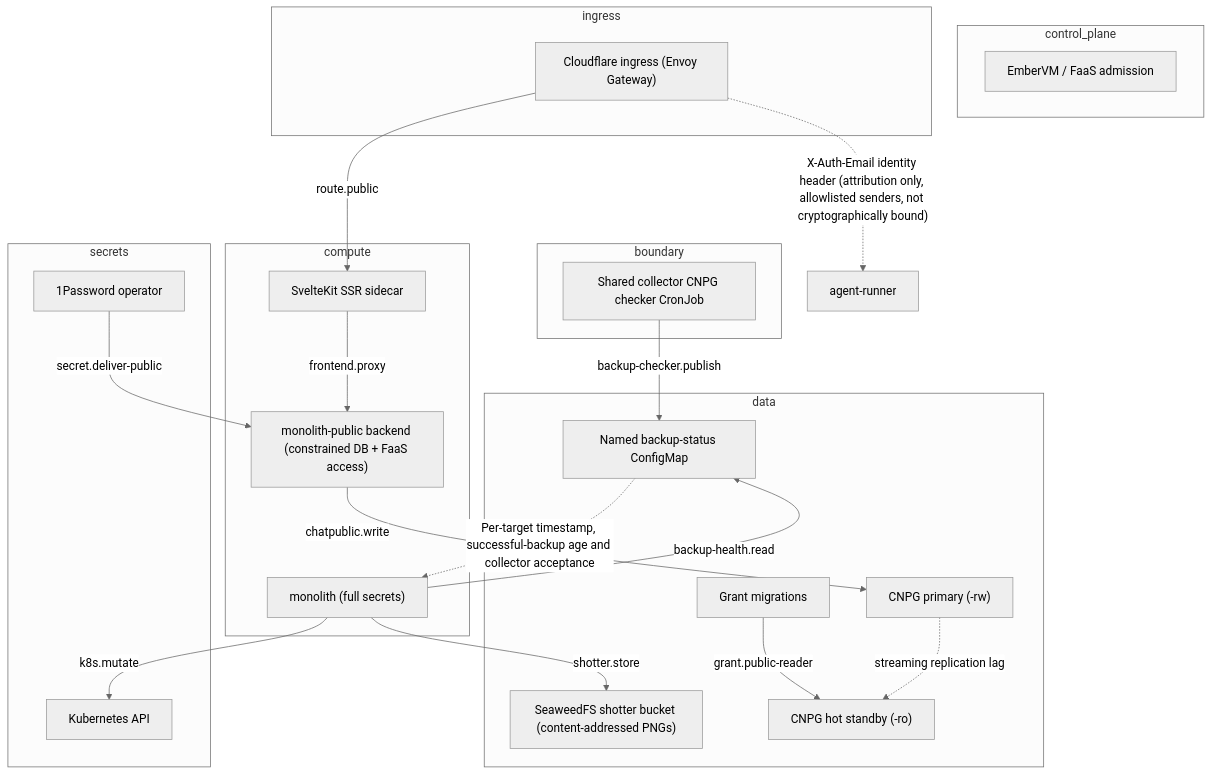
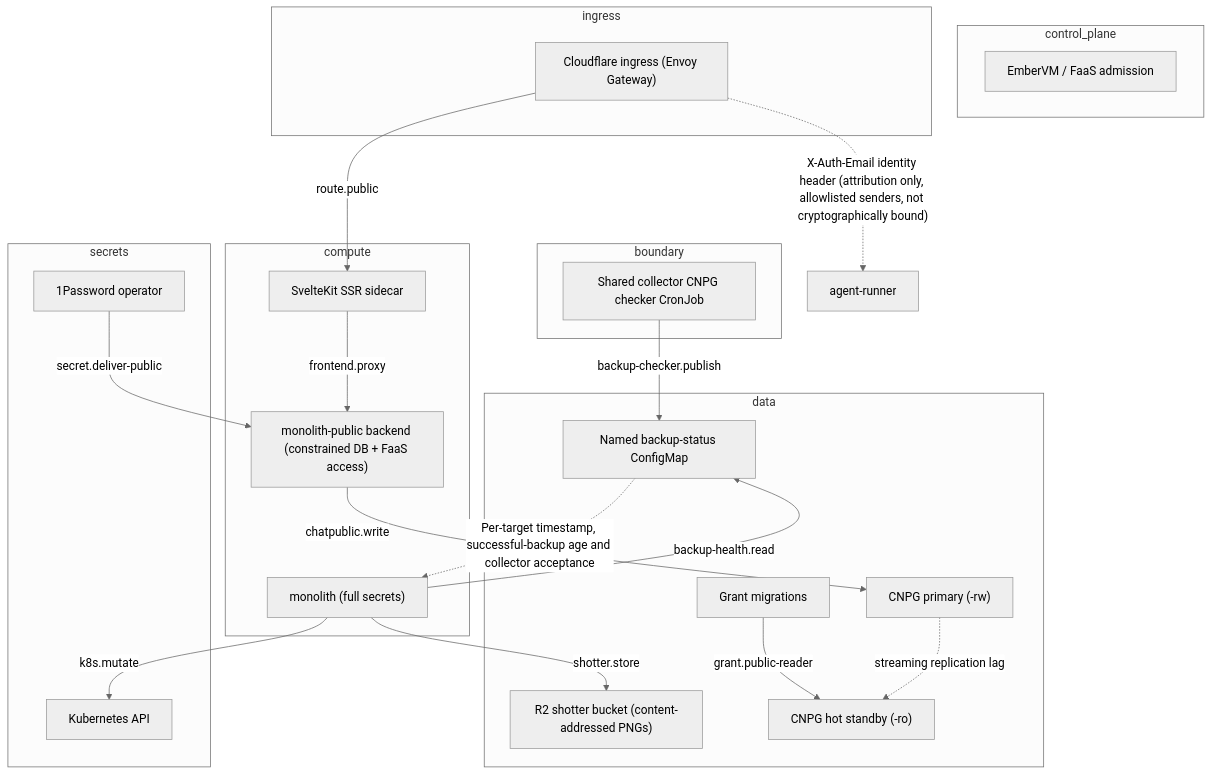
One commit to jomcgi-org/homelab changed the second of 2 diagrams in projects/monolith/STPA.md. Above: the diagram before and after it, drawn with Mermaid (neutral theme). The commit also changed other lines of this file and 13 other files, not shown here.

````diff
--- a/projects/monolith/STPA.md
+++ b/projects/monolith/STPA.md
@@ -162,40 +162,40 @@
 ```mermaid
 flowchart TD
   subgraph boundary["boundary"]
     backup-checker["Shared collector CNPG checker CronJob"]
   end
   subgraph compute["compute"]
     frontend-ssr["SvelteKit SSR sidecar"]
     private-binary["monolith (full secrets)"]
     public-binary["monolith-public backend (constrained DB + FaaS access)"]
   end
   subgraph control_plane["control_plane"]
     embervm["EmberVM / FaaS admission"]
   end
   subgraph data["data"]
     backup-status["Named backup-status ConfigMap"]
     migrations["Grant migrations"]
     pg-primary["CNPG primary (-rw)"]
     pg-replica["CNPG hot standby (-ro)"]
-    shotter-store["SeaweedFS shotter bucket (content-addressed PNGs)"]
+    shotter-store["R2 shotter bucket (content-addressed PNGs)"]
   end
   subgraph ingress["ingress"]
     cf-ingress["Cloudflare ingress (Envoy Gateway)"]
   end
   subgraph secrets["secrets"]
     k8s-api["Kubernetes API"]
     onepassword["1Password operator"]
   end
   backup-checker -- "backup-checker.publish" --> backup-status
   private-binary -- "backup-health.read" --> backup-status
   public-binary -- "chatpublic.write" --> pg-primary
   frontend-ssr -- "frontend.proxy" --> public-binary
   migrations -- "grant.public-reader" --> pg-replica
   private-binary -- "k8s.mutate" --> k8s-api
   cf-ingress -- "route.public" --> frontend-ssr
   onepassword -- "secret.deliver-public" --> public-binary
   private-binary -- "shotter.store" --> shotter-store
   backup-status -. "Per-target timestamp, successful-backup age and collector acceptance" .-> private-binary
   cf-ingress -. "X-Auth-Email identity header (attribution only, allowlisted senders, not cryptographically bound)" .-> agent-runner
   pg-primary -. "streaming replication lag" .-> pg-replica
 ```
````
